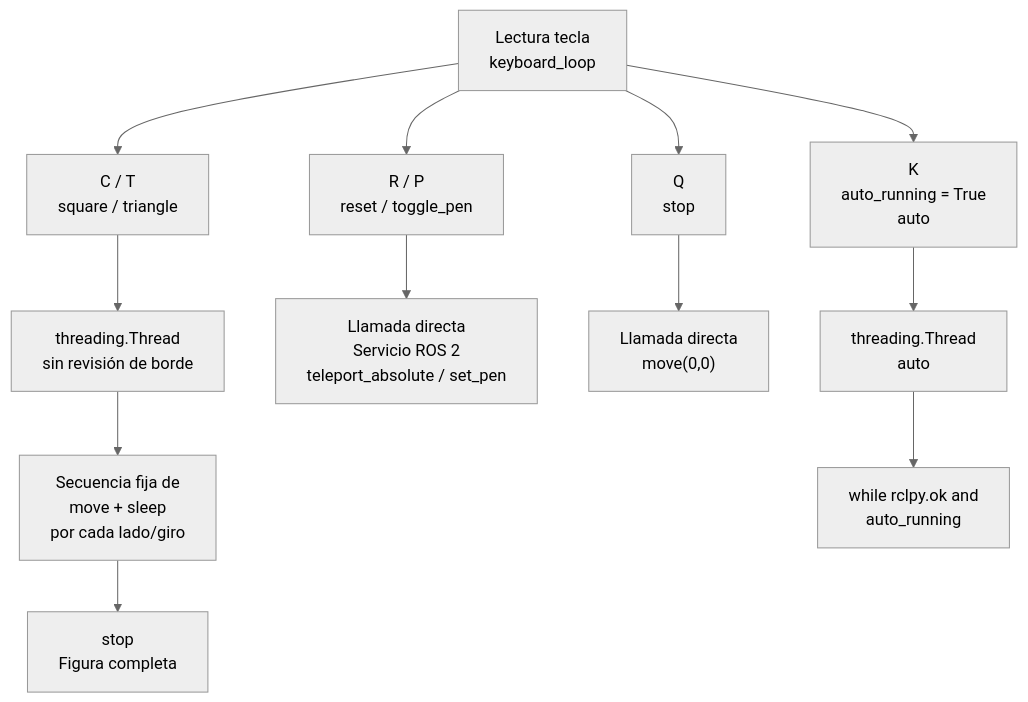
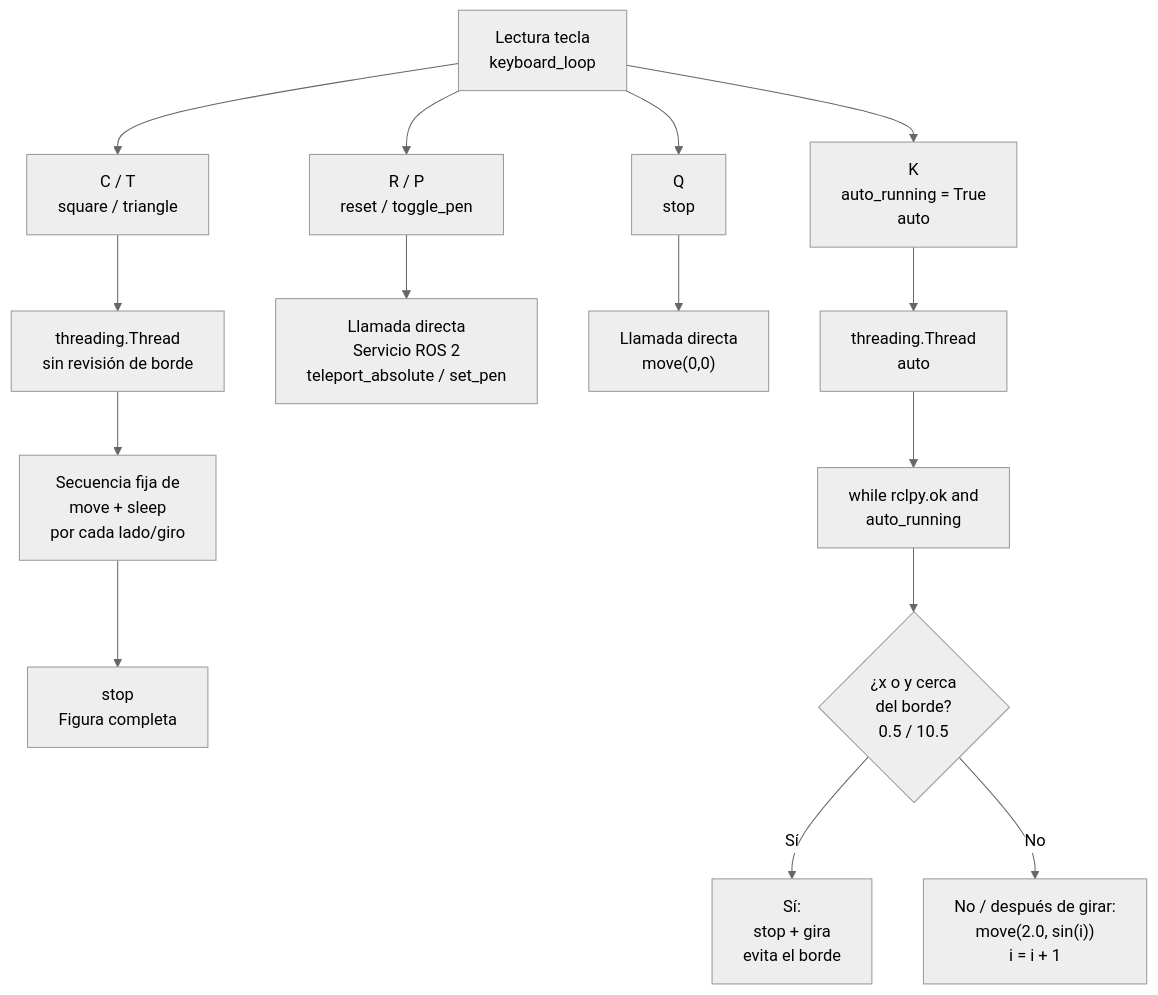
Before and after one commit to labsir-un/Robotica-2026-I-Equipo-2A-Monroy-Saenz: the second of 2 diagrams in Laboratorio No. 04 - Robótica de Desarrollo ROS Jazzy y Turtlesim/README.MD, drawn with Mermaid (neutral theme).

````diff
--- a/Laboratorio No. 04 - Robótica de Desarrollo ROS Jazzy y Turtlesim/README.MD
+++ b/Laboratorio No. 04 - Robótica de Desarrollo ROS Jazzy y Turtlesim/README.MD
@@ -65,36 +65,47 @@
 ```mermaid
 flowchart TD
 
     A["Lectura tecla<br/>keyboard_loop"]
 
     B["C / T<br/>square / triangle"]
     C["R / P<br/>reset / toggle_pen"]
     D["Q<br/>stop"]
     E["K<br/>auto_running = True<br/>auto"]
 
     A --> B
     A --> C
     A --> D
     A --> E
 
     F["threading.Thread<br/>sin revisión de borde"]
     G["Llamada directa<br/>Servicio ROS 2<br/>teleport_absolute / set_pen"]
     H["Llamada directa<br/>move(0,0)"]
     I["threading.Thread<br/>auto"]
 
     B --> F
     C --> G
     D --> H
     E --> I
 
     J["Secuencia fija de<br/>move + sleep<br/>por cada lado/giro"]
     F --> J
 
     K["stop<br/>Figura completa"]
     J --> K
 
     L["while rclpy.ok and<br/>auto_running"]
 
     I --> L
 
+    M{"¿x o y cerca<br/>del borde?<br/>0.5 / 10.5"}
+
+    L --> M
+
+    N["Sí:<br/>stop + gira<br/>evita el borde"]
+    O["No / después de girar:<br/>move(2.0, sin(i))<br/>i = i + 1"]
+
+    M -->|Sí| N
+    M -->|No| O
+
+
 ```
````
